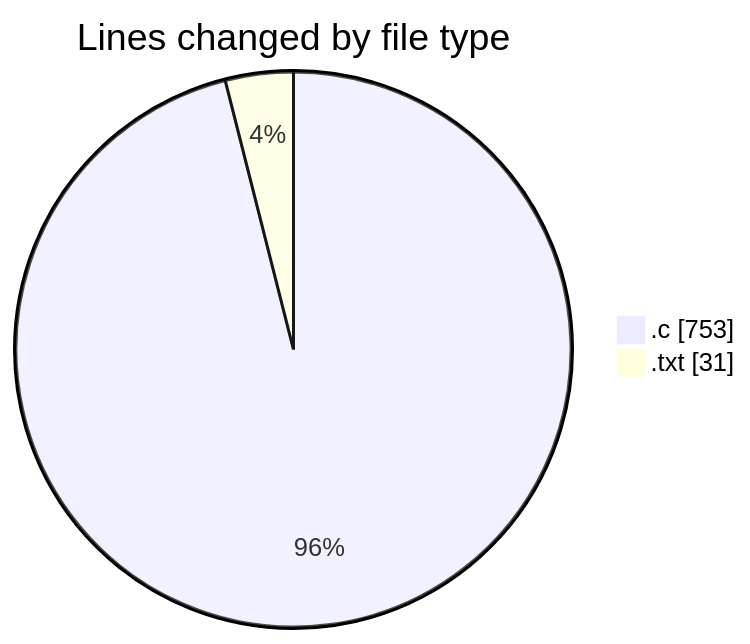
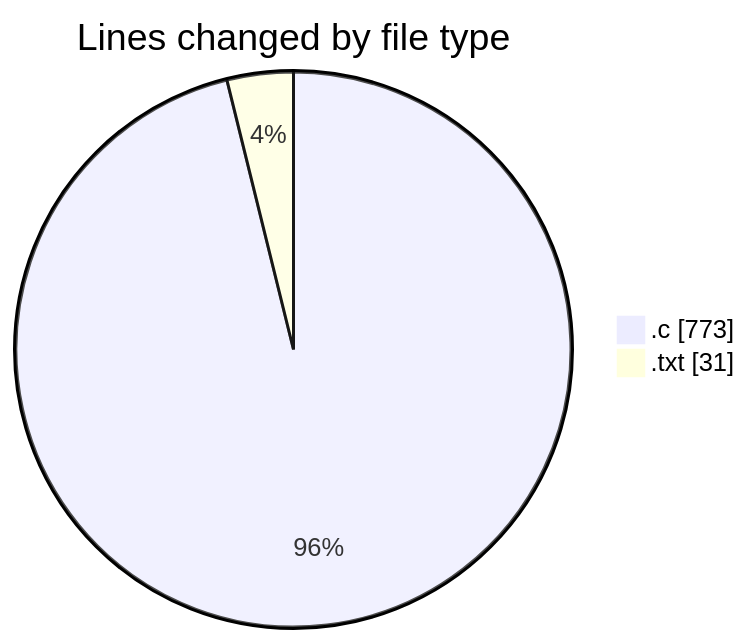
Before and after one commit to Ritupan-Deka/code-tracking: the first of 2 diagrams in 2025-01-26/search/README.md, drawn with Mermaid. The commit also changed other lines of this file and 1 other file, not shown here.

````diff
--- a/2025-01-26/search/README.md
+++ b/2025-01-26/search/README.md
@@ -22,6 +22,6 @@
 ```mermaid
 pie showData
 title Lines changed by file type
-".c" : 753
+".c" : 773
 ".txt" : 31
 ```
````
